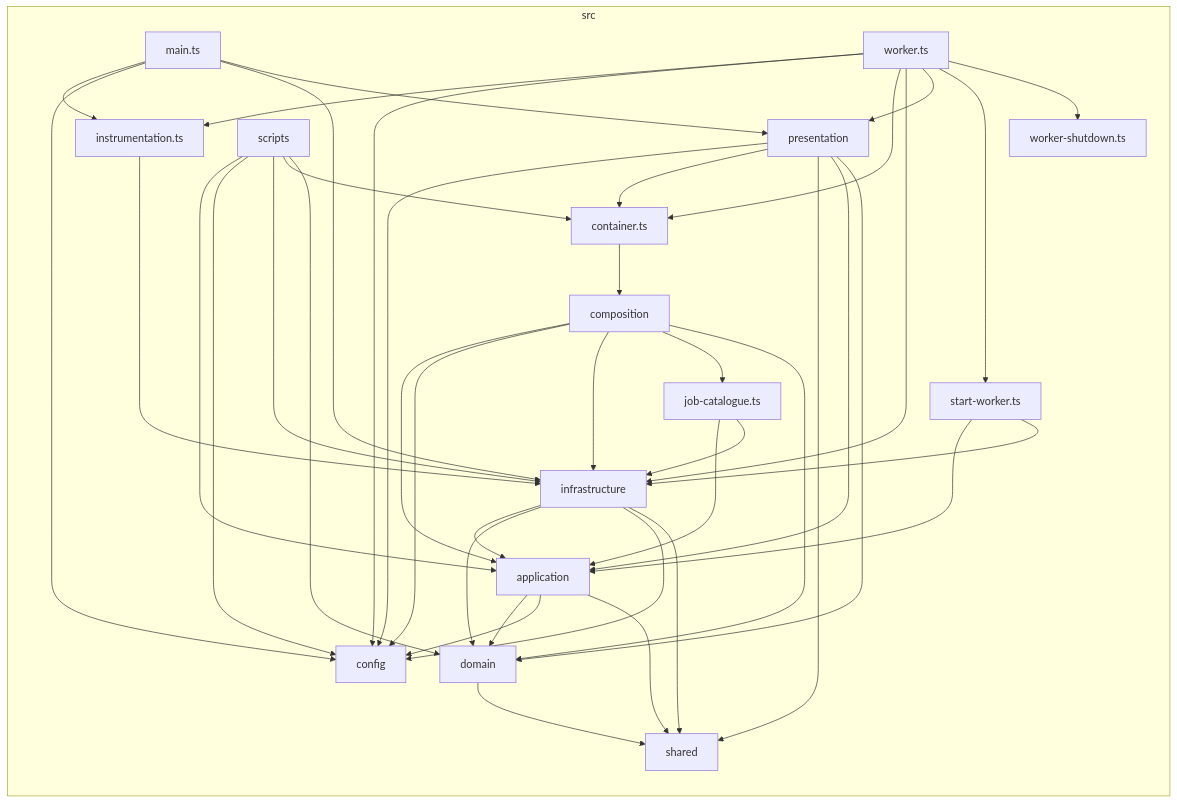
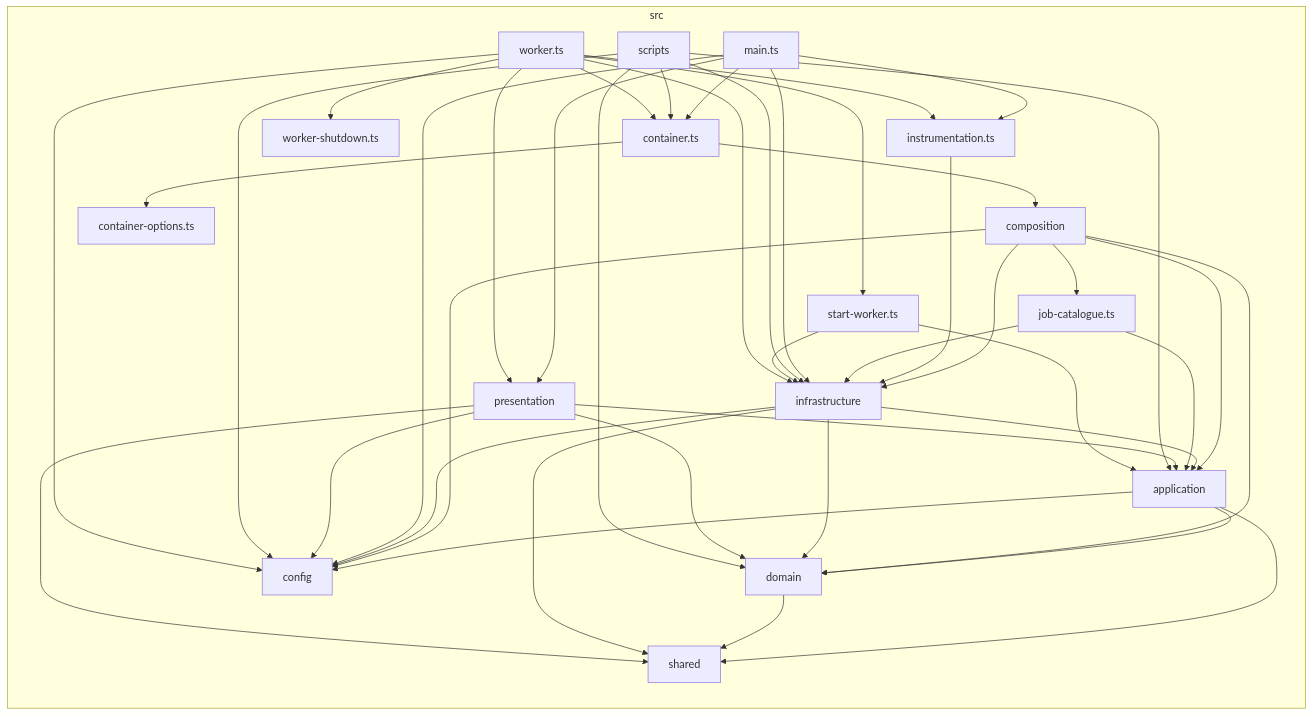
The diagram in docs/architecture-graph.md (khusenov/backend-boilerplate), drawn with Mermaid before and after one commit. The commit also changed 36 other files, not shown here.

````diff
--- a/docs/architecture-graph.md
+++ b/docs/architecture-graph.md
@@ -1,61 +1,63 @@
 ```mermaid
 flowchart LR
 
 subgraph src["src"]
   src_application["application"]
   src_composition["composition"]
   src_config["config"]
+  src_container_options_ts["container-options.ts"]
   src_container_ts["container.ts"]
   src_domain["domain"]
   src_infrastructure["infrastructure"]
   src_instrumentation_ts["instrumentation.ts"]
   src_job_catalogue_ts["job-catalogue.ts"]
   src_main_ts["main.ts"]
   src_presentation["presentation"]
   src_scripts["scripts"]
   src_shared["shared"]
   src_start_worker_ts["start-worker.ts"]
   src_worker_shutdown_ts["worker-shutdown.ts"]
   src_worker_ts["worker.ts"]
 end
 src_application-->src_domain
 src_application-->src_config
 src_application-->src_shared
 src_composition-->src_application
 src_composition-->src_config
 src_composition-->src_infrastructure
 src_composition-->src_job_catalogue_ts
 src_composition-->src_domain
 src_container_ts-->src_composition
+src_container_ts-->src_container_options_ts
 src_domain-->src_shared
 src_infrastructure-->src_application
 src_infrastructure-->src_domain
 src_infrastructure-->src_config
 src_infrastructure-->src_shared
 src_instrumentation_ts-->src_infrastructure
 src_job_catalogue_ts-->src_application
 src_job_catalogue_ts-->src_infrastructure
 src_main_ts-->src_instrumentation_ts
 src_main_ts-->src_config
+src_main_ts-->src_container_ts
 src_main_ts-->src_infrastructure
 src_main_ts-->src_presentation
 src_presentation-->src_config
-src_presentation-->src_container_ts
 src_presentation-->src_shared
 src_presentation-->src_application
 src_presentation-->src_domain
 src_scripts-->src_application
 src_scripts-->src_config
 src_scripts-->src_infrastructure
 src_scripts-->src_container_ts
 src_scripts-->src_domain
 src_start_worker_ts-->src_application
 src_start_worker_ts-->src_infrastructure
 src_worker_ts-->src_instrumentation_ts
 src_worker_ts-->src_config
 src_worker_ts-->src_container_ts
 src_worker_ts-->src_infrastructure
 src_worker_ts-->src_presentation
 src_worker_ts-->src_start_worker_ts
 src_worker_ts-->src_worker_shutdown_ts
 ```
````
